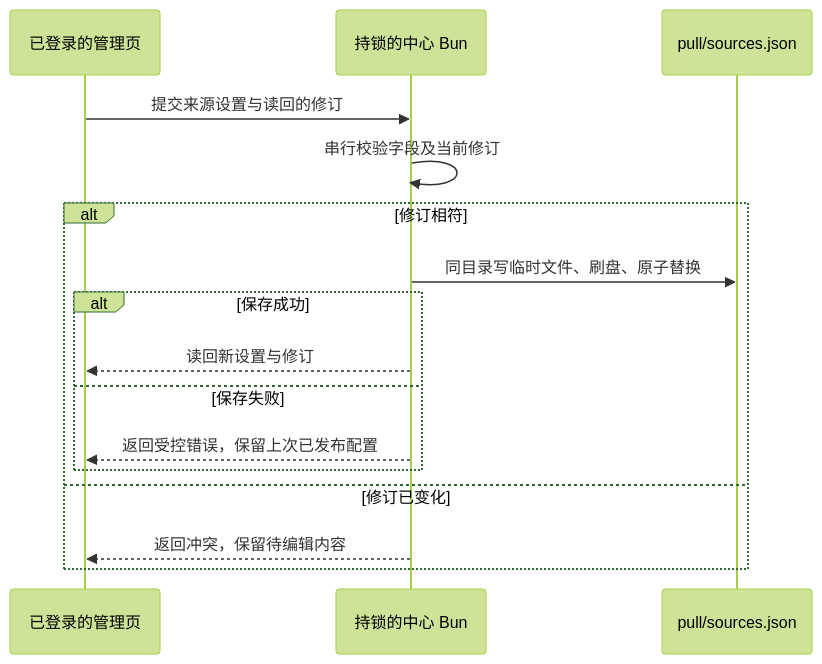
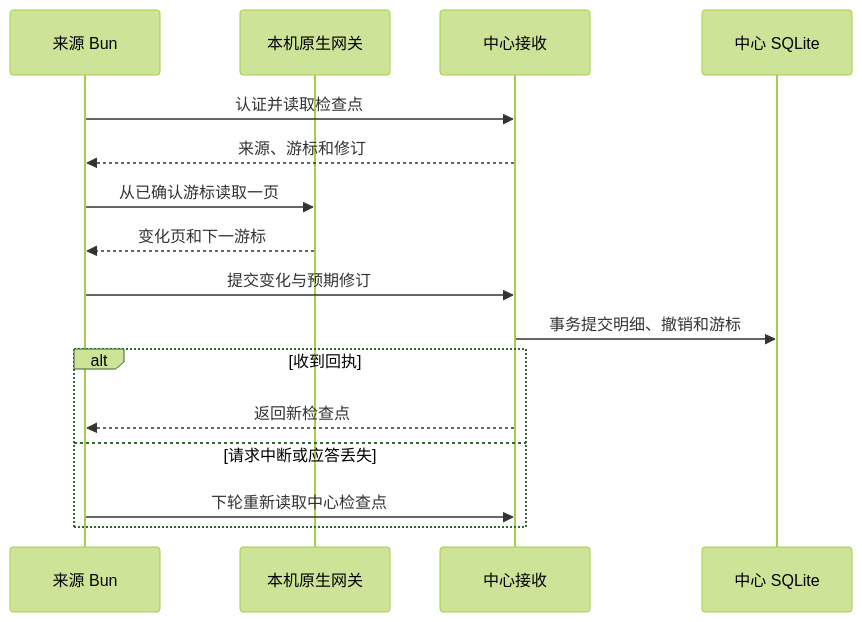
One commit to xiao-xiao-cai/magpie-usage-hub changed the diagram in docs/05-同步流程与故障恢复设计.md. Above: the diagram before and after it, drawn with Mermaid (forest theme). The commit also changed other lines of this file and 52 other files, not shown here.

````diff
--- a/docs/05-同步流程与故障恢复设计.md
+++ b/docs/05-同步流程与故障恢复设计.md
@@ -7,18 +7,18 @@
 ```mermaid
 sequenceDiagram
-    participant W as 已登录的管理页
-    participant B as 持锁的中心 Bun
-    participant D as pull/sources.json
-    W->>B: 提交来源设置与读回的修订
-    B->>B: 串行校验字段及当前修订
-    alt 修订相符
-        B->>D: 同目录写临时文件、刷盘、原子替换
-        alt 保存成功
-            B-->>W: 读回新设置与修订
-        else 保存失败
-            B-->>W: 返回受控错误，保留上次已发布配置
-        end
-    else 修订已变化
-        B-->>W: 返回冲突，保留待编辑内容
+    participant W as 来源 Bun
+    participant G as 本机原生网关
+    participant B as 中心接收
+    participant D as 中心 SQLite
+    W->>B: 认证并读取检查点
+    B-->>W: 来源、游标和修订
+    W->>G: 从已确认游标读取一页
+    G-->>W: 变化页和下一游标
+    W->>B: 提交变化与预期修订
+    B->>D: 事务提交明细、撤销和游标
+    alt 收到回执
+        B-->>W: 返回新检查点
+    else 请求中断或应答丢失
+        W->>B: 下轮重新读取中心检查点
     end
 ```
````
